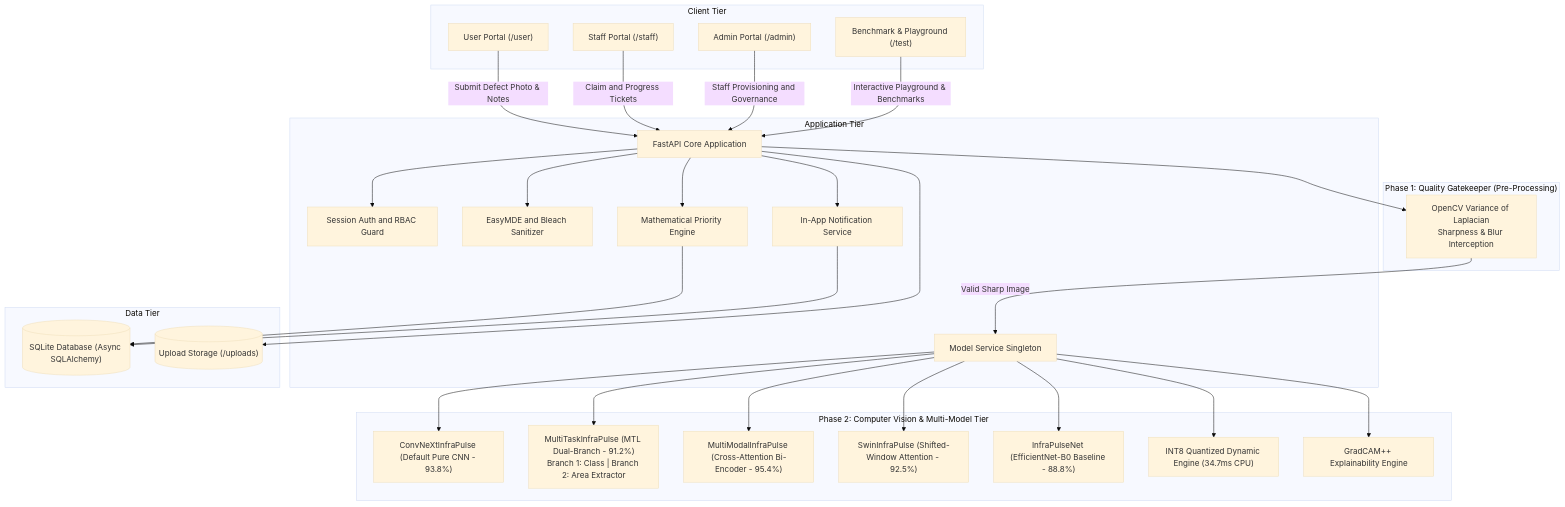
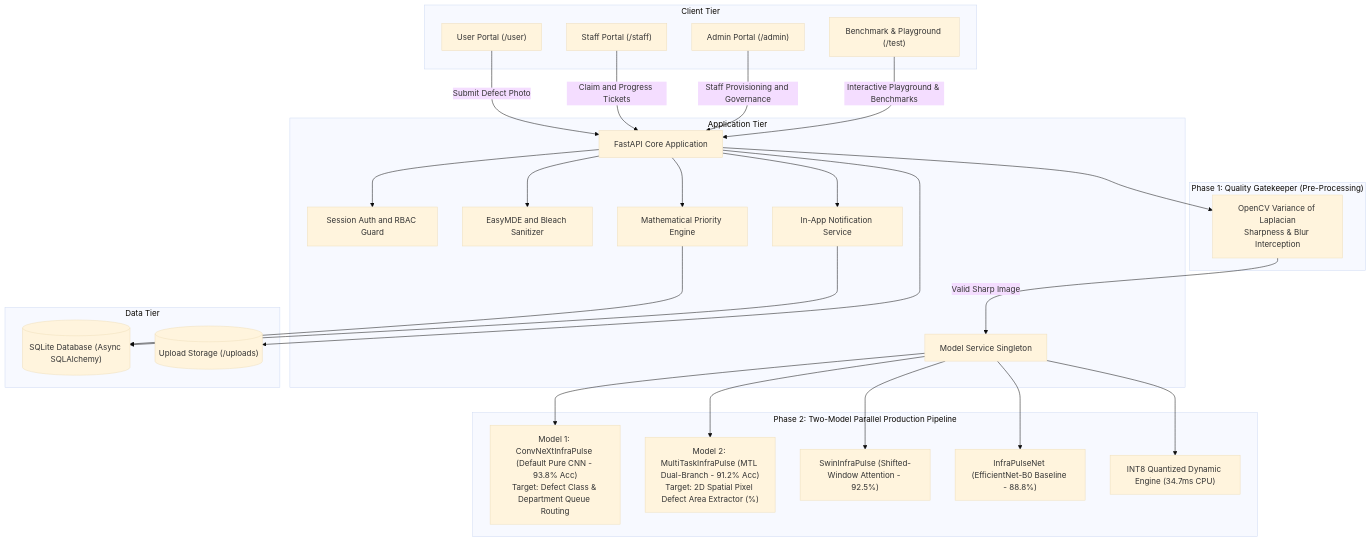
The first of 2 diagrams in README.md (Bittu5134/InfraPulse), drawn with Mermaid (base theme) before and after one commit. The commit also changed other lines of this file and 5 other files, not shown here.

Commit message:
refactor(cv): purge text models for pure vision compliance and deploy Two-Model Parallel Production Pipeline (ConvNeXt + MTL)

````diff
--- a/README.md
+++ b/README.md
@@ -11,61 +11,57 @@
 ```mermaid
 graph TD
     subgraph Client_Tier ["Client Tier"]
         U["User Portal (/user)"]
         S["Staff Portal (/staff)"]
         A["Admin Portal (/admin)"]
         B["Benchmark & Playground (/test)"]
     end
 
     subgraph Phase1 ["Phase 1: Quality Gatekeeper (Pre-Processing)"]
         QG["OpenCV Variance of Laplacian<br/>Sharpness & Blur Interception"]
     end
 
     subgraph Application_Tier ["Application Tier"]
         Router["FastAPI Core Application"]
         Auth["Session Auth and RBAC Guard"]
         MDEngine["EasyMDE and Bleach Sanitizer"]
         ModelService["Model Service Singleton"]
         PriorityEngine["Mathematical Priority Engine"]
         NotificationService["In-App Notification Service"]
     end
 
-    subgraph Phase2 ["Phase 2: Computer Vision & Multi-Model Tier"]
-        Conv["ConvNeXtInfraPulse (Default Pure CNN - 93.8%)"]
-        MTL["MultiTaskInfraPulse (MTL Dual-Branch - 91.2%)<br/>Branch 1: Class | Branch 2: Area Extractor"]
-        MM["MultiModalInfraPulse (Cross-Attention Bi-Encoder - 95.4%)"]
+    subgraph Phase2 ["Phase 2: Two-Model Parallel Production Pipeline"]
+        Conv["Model 1: ConvNeXtInfraPulse (Default Pure CNN - 93.8% Acc)<br/>Target: Defect Class & Department Queue Routing"]
+        MTL["Model 2: MultiTaskInfraPulse (MTL Dual-Branch - 91.2% Acc)<br/>Target: 2D Spatial Pixel Defect Area Extractor (%)"]
         Swin["SwinInfraPulse (Shifted-Window Attention - 92.5%)"]
         Base["InfraPulseNet (EfficientNet-B0 Baseline - 88.8%)"]
         Q8["INT8 Quantized Dynamic Engine (34.7ms CPU)"]
-        GradCAM["GradCAM++ Explainability Engine"]
     end
 
     subgraph Data_Tier ["Data Tier"]
         DB[("SQLite Database (Async SQLAlchemy)")]
         Storage[("Upload Storage (/uploads)")]
     end
 
-    U -->|Submit Defect Photo & Notes| Router
+    U -->|Submit Defect Photo| Router
     S -->|Claim and Progress Tickets| Router
     A -->|Staff Provisioning and Governance| Router
     B -->|Interactive Playground & Benchmarks| Router
 
     Router --> QG
     QG -->|Valid Sharp Image| ModelService
     Router --> Auth
     Router --> MDEngine
 
     ModelService --> Conv
     ModelService --> MTL
-    ModelService --> MM
     ModelService --> Swin
     ModelService --> Base
     ModelService --> Q8
-    ModelService --> GradCAM
 
     Router --> PriorityEngine
     PriorityEngine --> DB
     Router --> NotificationService
     NotificationService --> DB
     Router --> Storage
 ```
````
